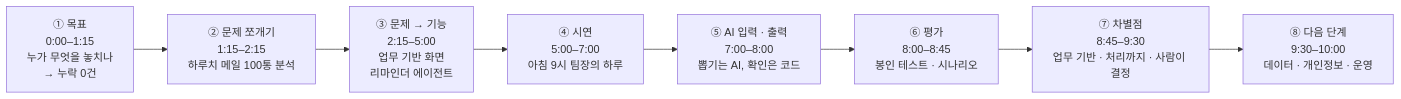
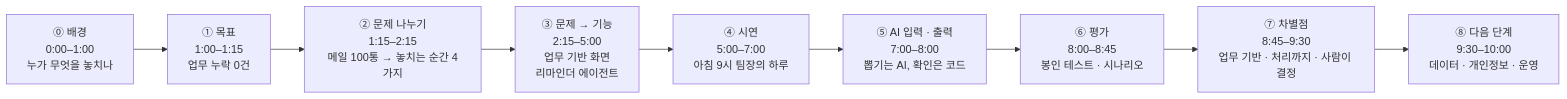
Before and after one commit to dlwodns/Teamproject_6: the first of 2 diagrams in docs/10_planning/ir_draft.md, drawn with Mermaid. The commit also changed other lines of this file, not shown here.

Commit message:
docs: 리뷰 반영 — 목표 앞에 배경, '문제 쪼개기'를 '문제 나누기(놓치는 순간 4가지)'로 풀어 씀, 핵심 문장 두괄식 · 명사 끝맺음

````diff
--- a/docs/10_planning/ir_draft.md
+++ b/docs/10_planning/ir_draft.md
@@ -19,10 +22,11 @@
 ```mermaid
 flowchart LR
-    A["① 목표<br/>0:00–1:15<br/>누가 무엇을 놓치나<br/>→ 누락 0건"] --> B["② 문제 쪼개기<br/>1:15–2:15<br/>하루치 메일 100통 분석"]
+    A0["⓪ 배경<br/>0:00–1:00<br/>누가 무엇을 놓치나"] --> A["① 목표<br/>1:00–1:15<br/>업무 누락 0건"]
+    A --> B["② 문제 나누기<br/>1:15–2:15<br/>메일 100통 → 놓치는 순간 4가지"]
     B --> C["③ 문제 → 기능<br/>2:15–5:00<br/>업무 기반 화면<br/>리마인더 에이전트"]
     C --> D["④ 시연<br/>5:00–7:00<br/>아침 9시 팀장의 하루"]
     D --> E["⑤ AI 입력 · 출력<br/>7:00–8:00<br/>뽑기는 AI, 확인은 코드"]
     E --> F["⑥ 평가<br/>8:00–8:45<br/>봉인 테스트 · 시나리오"]
     F --> G["⑦ 차별점<br/>8:45–9:30<br/>업무 기반 · 처리까지 · 사람이 결정"]
     G --> H["⑧ 다음 단계<br/>9:30–10:00<br/>데이터 · 개인정보 · 운영"]
 ```
````
